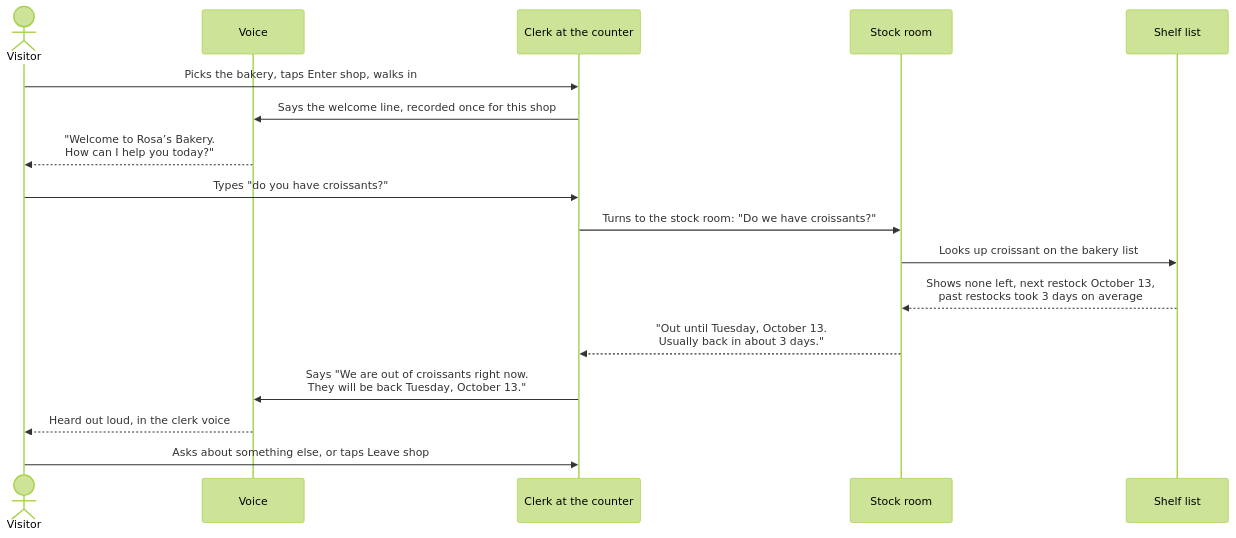
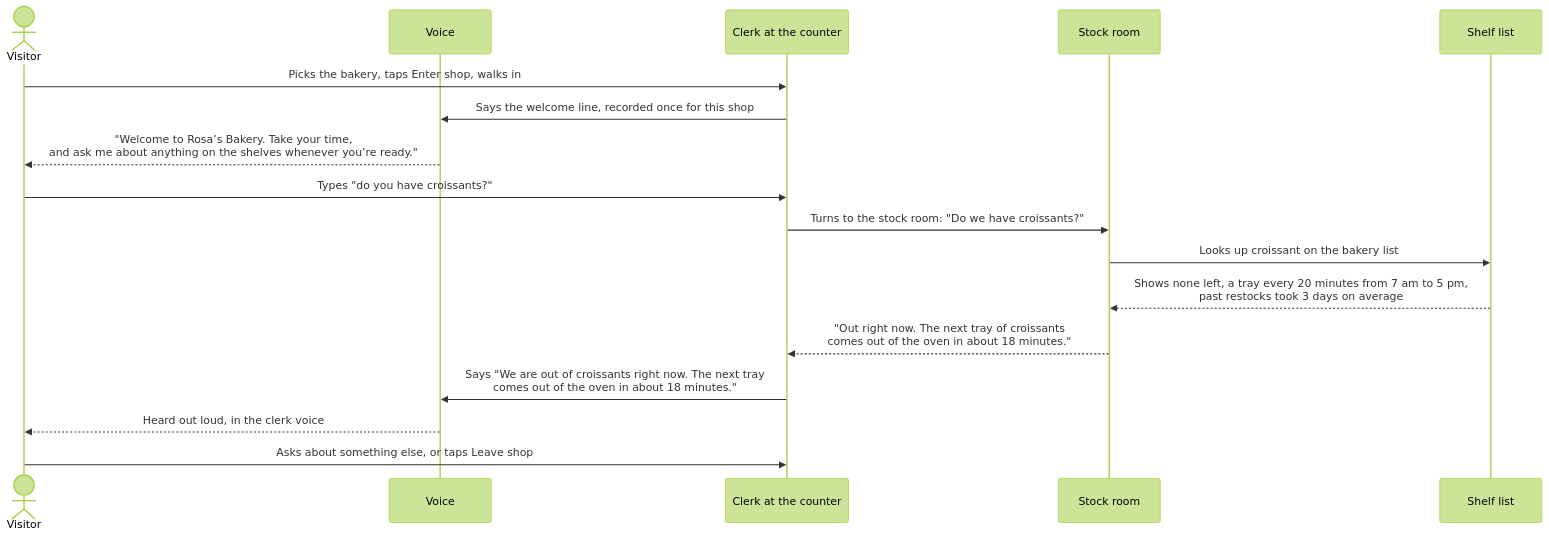
The first of 3 diagrams in docs/sequence.md (SergioB03/Peripie), drawn with Mermaid (forest theme) before and after one commit. The commit also changed other lines of this file and 4 other files, not shown here.

First line of the commit message:
docs: the stock room now holds rules and notes; oven times replace Tuesday

````diff
--- a/docs/sequence.md
+++ b/docs/sequence.md
@@ -9,19 +9,19 @@
 ```mermaid
 sequenceDiagram
     actor V as Visitor
     participant Vo as Voice
     participant C as Clerk at the counter
     participant S as Stock room
     participant L as Shelf list
     V->>C: Picks the bakery, taps Enter shop, walks in
     C->>Vo: Says the welcome line, recorded once for this shop
-    Vo-->>V: "Welcome to Rosa’s Bakery.<br/>How can I help you today?"
+    Vo-->>V: "Welcome to Rosa’s Bakery. Take your time,<br/>and ask me about anything on the shelves whenever you’re ready."
     V->>C: Types "do you have croissants?"
     C->>S: Turns to the stock room: "Do we have croissants?"
     S->>L: Looks up croissant on the bakery list
-    L-->>S: Shows none left, next restock October 13,<br/>past restocks took 3 days on average
-    S-->>C: "Out until Tuesday, October 13.<br/>Usually back in about 3 days."
-    C->>Vo: Says "We are out of croissants right now.<br/>They will be back Tuesday, October 13."
+    L-->>S: Shows none left, a tray every 20 minutes from 7 am to 5 pm,<br/>past restocks took 3 days on average
+    S-->>C: "Out right now. The next tray of croissants<br/>comes out of the oven in about 18 minutes."
+    C->>Vo: Says "We are out of croissants right now. The next tray<br/>comes out of the oven in about 18 minutes."
     Vo-->>V: Heard out loud, in the clerk voice
     V->>C: Asks about something else, or taps Leave shop
 ```
````
